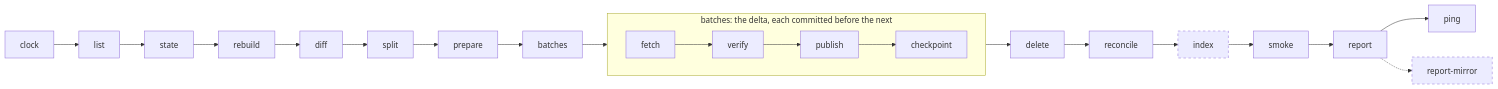
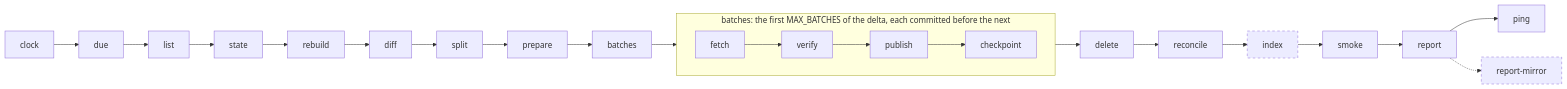
Before and after one commit to katoptra/tlnet: the diagram in README.md, drawn with Mermaid. The commit also changed other lines of this file and 4 other files, not shown here.

````diff
--- a/README.md
+++ b/README.md
@@ -59,12 +72,12 @@
 ```mermaid
 flowchart LR
-  clock --> list --> state --> rebuild --> diff --> split --> prepare --> batches
-  subgraph b["batches: the delta, each committed before the next"]
+  clock --> due --> list --> state --> rebuild --> diff --> split --> prepare --> batches
+  subgraph b["batches: the first MAX_BATCHES of the delta, each committed before the next"]
     direction LR
     fetch --> verify --> publish --> checkpoint
   end
   batches --> b --> delete --> reconcile --> index --> smoke --> report --> ping
   report -.-> rm["report-mirror"]
   classDef own stroke-dasharray: 5 5
   class index,rm own
 ```
````
